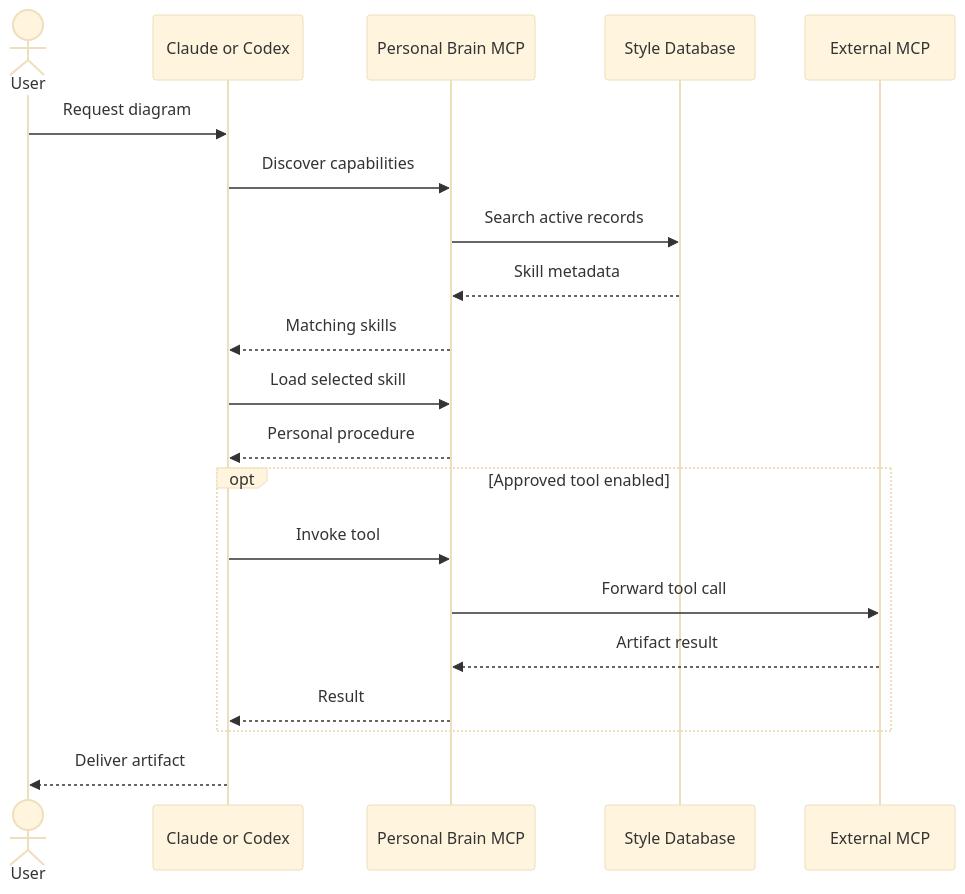
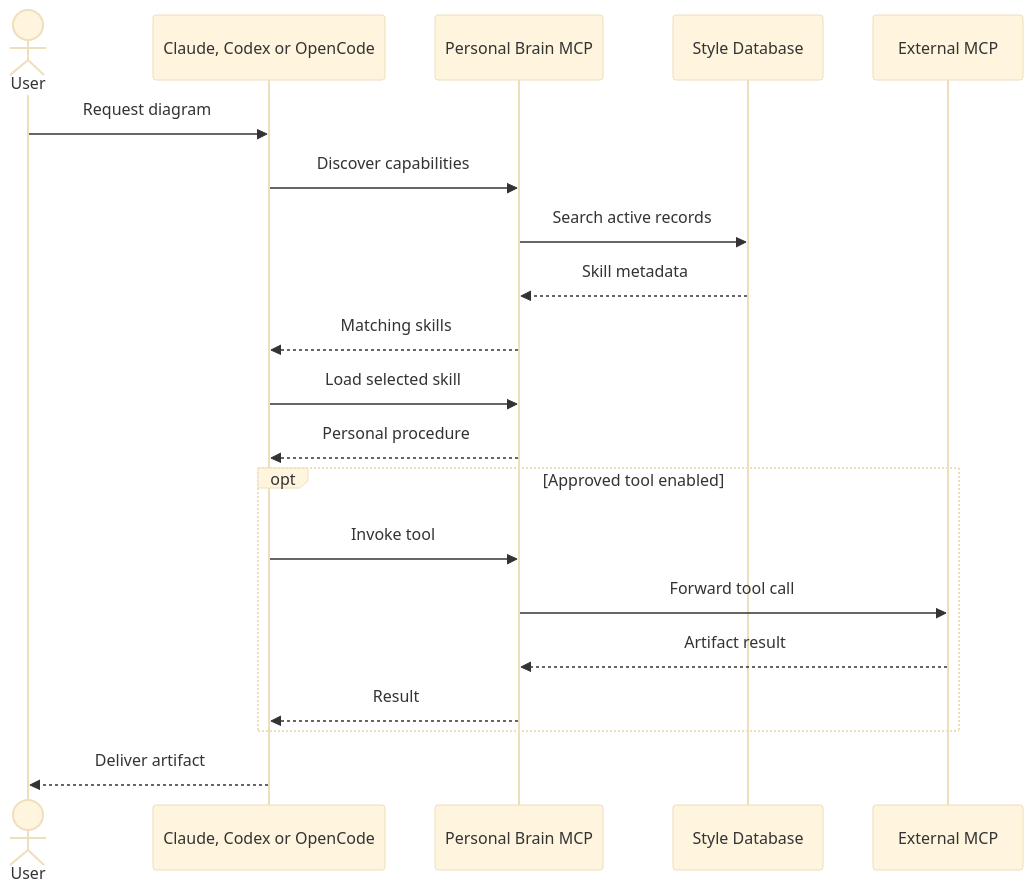
The diagram in docs/ARCHITECTURE.md (nghiacr002/personal-brain-style), drawn with Mermaid (base theme) before and after one commit. The commit also changed other lines of this file and 45 other files, not shown here.

````diff
--- a/docs/ARCHITECTURE.md
+++ b/docs/ARCHITECTURE.md
@@ -38,22 +38,22 @@
 ```mermaid
 sequenceDiagram
     actor User
-    participant Agent as Claude or Codex
+    participant Agent as Claude, Codex or OpenCode
     participant Brain as Personal Brain MCP
     participant DB as Style Database
     participant Tool as External MCP
     User->>Agent: Request diagram
     Agent->>Brain: Discover capabilities
     Brain->>DB: Search active records
     DB-->>Brain: Skill metadata
     Brain-->>Agent: Matching skills
     Agent->>Brain: Load selected skill
     Brain-->>Agent: Personal procedure
     opt Approved tool enabled
         Agent->>Brain: Invoke tool
         Brain->>Tool: Forward tool call
         Tool-->>Brain: Artifact result
         Brain-->>Agent: Result
     end
     Agent-->>User: Deliver artifact
 ```
````
